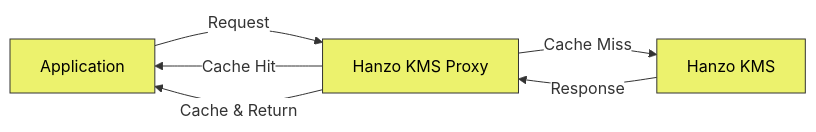
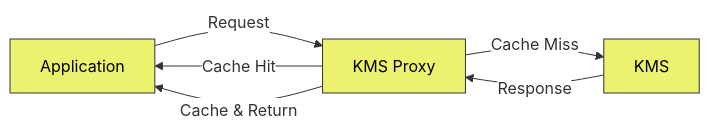
The diagram in docs/integrations/platforms/infisical-proxy.mdx (hanzoai/kms), drawn with Mermaid before and after one commit. The commit also changed other lines of this file and 855 other files, not shown here.

````diff
--- a/docs/integrations/platforms/infisical-proxy.mdx
+++ b/docs/integrations/platforms/infisical-proxy.mdx
@@ -25,13 +25,13 @@
 ```mermaid
 %%{init: {'theme': 'base', 'themeVariables': { 'edgeLabelBackground':'#ffffff', 'lineColor': '#333'}}}%%
 flowchart LR
-    A[Application] -->|Request| B[Hanzo KMS Proxy]
+    A[Application] -->|Request| B[KMS Proxy]
     B -->|Cache Hit| A
-    B -->|Cache Miss| C[Hanzo KMS]
+    B -->|Cache Miss| C[KMS]
     C -->|Response| B
     B -->|Cache & Return| A
     
     style A fill:#ECF26D,stroke:#333,color:#000
     style B fill:#ECF26D,stroke:#333,color:#000
     style C fill:#ECF26D,stroke:#333,color:#000
 ```
````
